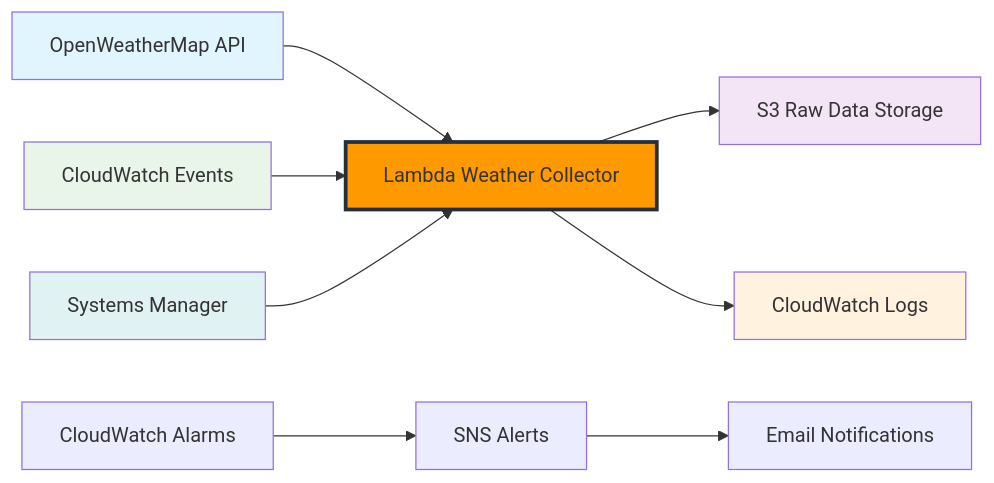
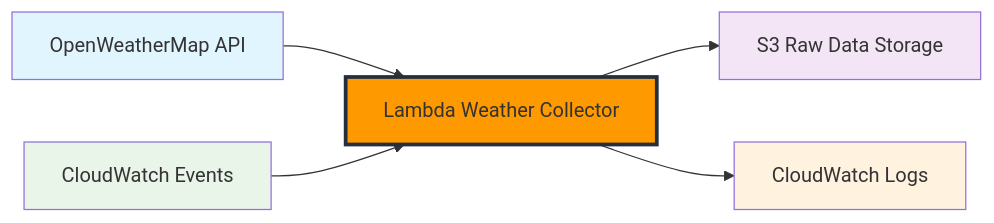
The diagram in content/2-data-collection-openweathermap/_index.vi.md (imvhuy/imvhuy.github.io), drawn with Mermaid before and after one commit. The commit also changed 112 other files, not shown here.

````diff
--- a/content/2-data-collection-openweathermap/_index.vi.md
+++ b/content/2-data-collection-openweathermap/_index.vi.md
@@ -40,17 +40,13 @@
 ```mermaid
 graph LR
     A[OpenWeatherMap API] --> B[Lambda Weather Collector]
     C[CloudWatch Events] --> B
     B --> D[S3 Raw Data Storage]
     B --> E[CloudWatch Logs]
-    F[Systems Manager] --> B
-    G[SNS Alerts] --> H[Email Notifications]
-    I[CloudWatch Alarms] --> G
 
     style A fill:#e1f5fe
     style B fill:#ff9900,stroke:#232f3e,stroke-width:3px
     style C fill:#e8f5e8
     style D fill:#f3e5f5
-    style E fill:#fff3e0
-    style F fill:#e0f2f1
+    style E fill:#fff3e0    
 ```
````
